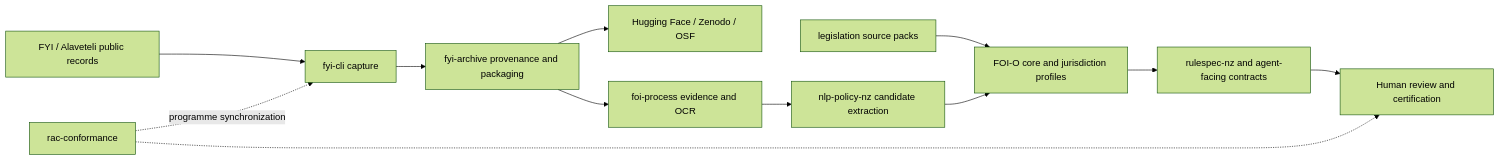
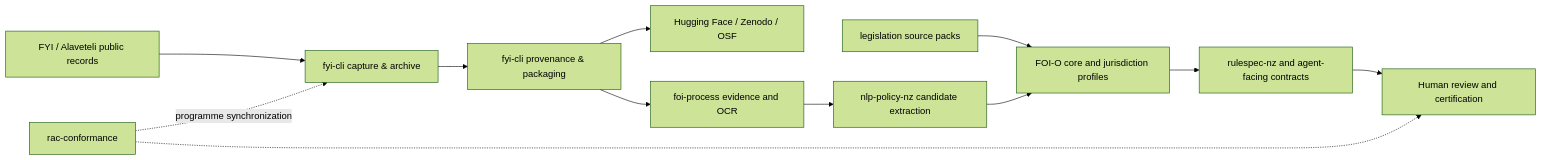
The diagram in README.md (edithatogo/foi-o), drawn with Mermaid (forest theme) before and after one commit. The commit also changed other lines of this file and 133 other files, not shown here.

````diff
--- a/README.md
+++ b/README.md
@@ -32,14 +32,14 @@
 ```mermaid
 flowchart LR
-  A[FYI / Alaveteli public records] --> B[fyi-cli capture]
-  B --> C[fyi-archive provenance and packaging]
+  A[FYI / Alaveteli public records] --> B[fyi-cli capture & archive]
+  B --> C[fyi-cli provenance & packaging]
   C --> D[Hugging Face / Zenodo / OSF]
   C --> E[foi-process evidence and OCR]
   E --> F[nlp-policy-nz candidate extraction]
   G[legislation source packs] --> H[FOI-O core and jurisdiction profiles]
   F --> H
   H --> I[rulespec-nz and agent-facing contracts]
   I --> J[Human review and certification]
   K[rac-conformance] -. programme synchronization .-> B
   K -.-> J
 ```
````
